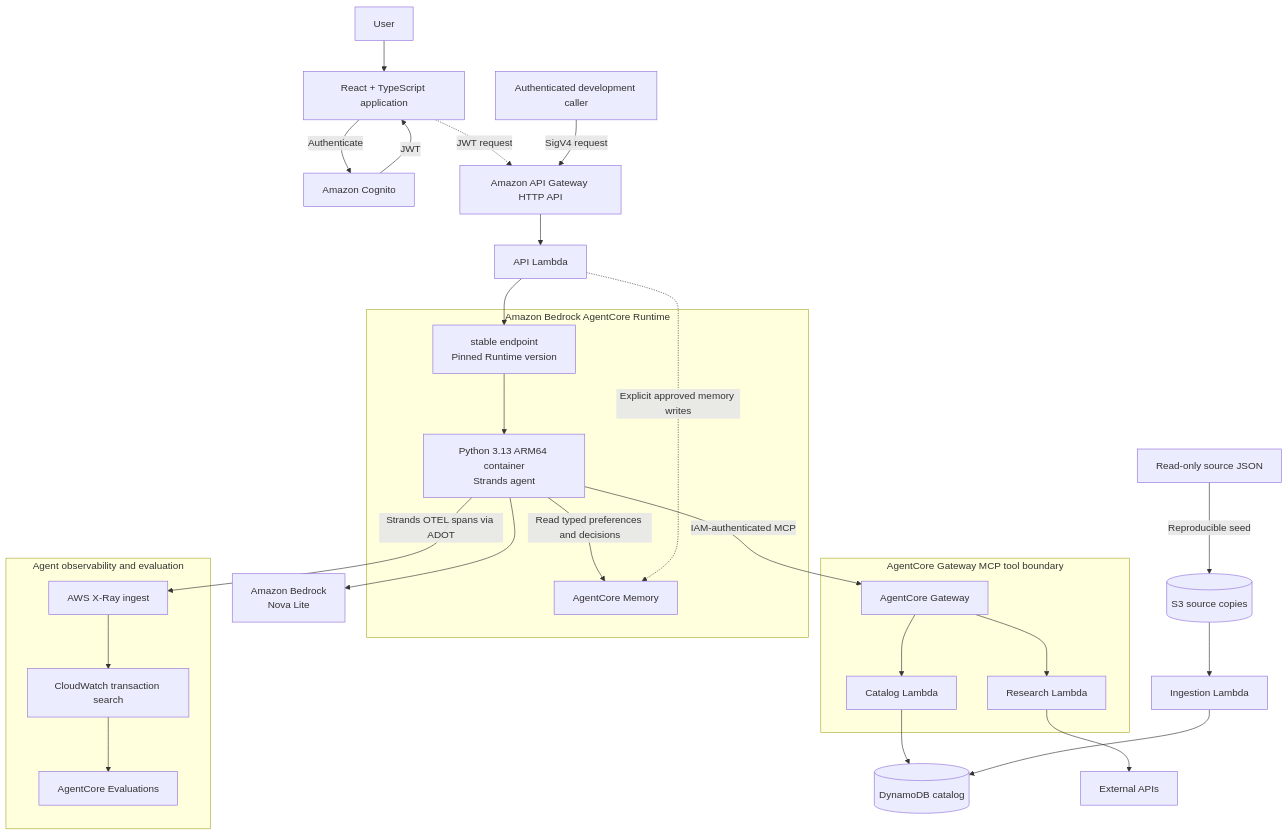
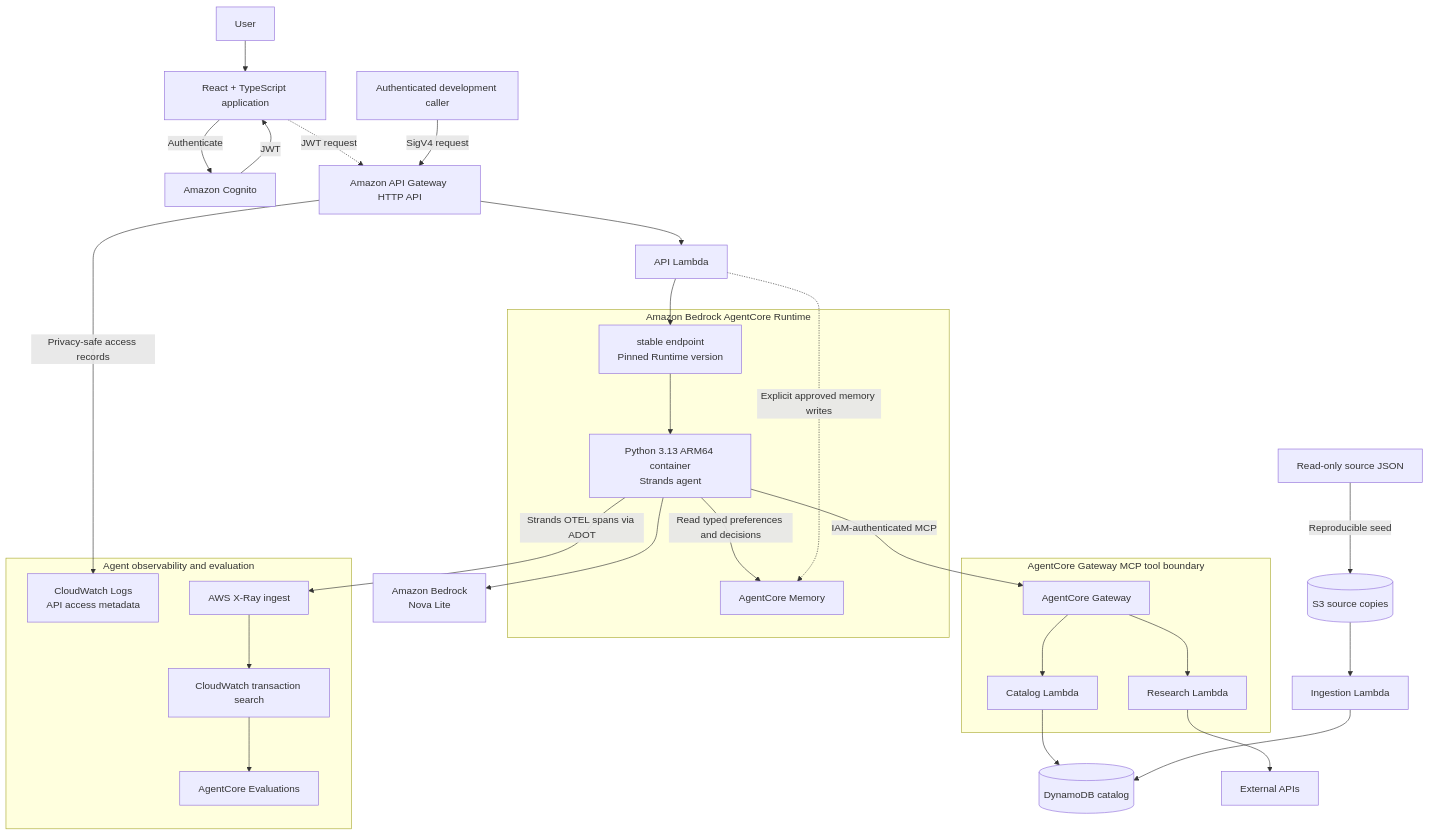
Before and after one commit to barrettotte/praxis: the diagram in README.md, drawn with Mermaid. The commit also changed 26 other files, not shown here.

````diff
--- a/README.md
+++ b/README.md
@@ -9,46 +9,48 @@
 ```mermaid
 flowchart TD
     user[User] --> ui[React + TypeScript application]
     ui -->|Authenticate| cognito[Amazon Cognito]
     cognito -->|JWT| ui
     ui -.->|JWT request| apiGateway[Amazon API Gateway HTTP API]
     developer[Authenticated development caller] -->|SigV4 request| apiGateway
     apiGateway --> apiLambda[API Lambda]
 
     subgraph runtime[Amazon Bedrock AgentCore Runtime]
         runtimeEndpoint[stable endpoint<br/>Pinned Runtime version]
         agent[Python 3.13 ARM64 container<br/>Strands agent]
         memory[AgentCore Memory]
         runtimeEndpoint --> agent
         agent -->|Read typed preferences and decisions| memory
     end
 
     apiLambda --> runtimeEndpoint
     apiLambda -.->|Explicit approved memory writes| memory
     agent --> bedrock[Amazon Bedrock<br/>Nova Lite]
 
     subgraph observability[Agent observability and evaluation]
+        apiAccessLogs[CloudWatch Logs<br/>API access metadata]
         xray[AWS X-Ray ingest]
         cloudwatch[CloudWatch transaction search]
         evaluations[AgentCore Evaluations]
         xray --> cloudwatch --> evaluations
     end
 
+    apiGateway -->|Privacy-safe access records| apiAccessLogs
     agent -->|Strands OTEL spans via ADOT| xray
 
     subgraph tools[AgentCore Gateway MCP tool boundary]
         gateway[AgentCore Gateway]
         catalogLambda[Catalog Lambda]
         researchLambda[Research Lambda]
         gateway --> catalogLambda
         gateway --> researchLambda
     end
 
     agent -->|IAM-authenticated MCP| gateway
     catalogLambda --> catalog[(DynamoDB catalog)]
     researchLambda --> external[External APIs]
 
     sources[Read-only source JSON] -->|Reproducible seed| sourceBucket[(S3 source copies)]
     sourceBucket --> ingestion[Ingestion Lambda]
     ingestion --> catalog
 ```
````
